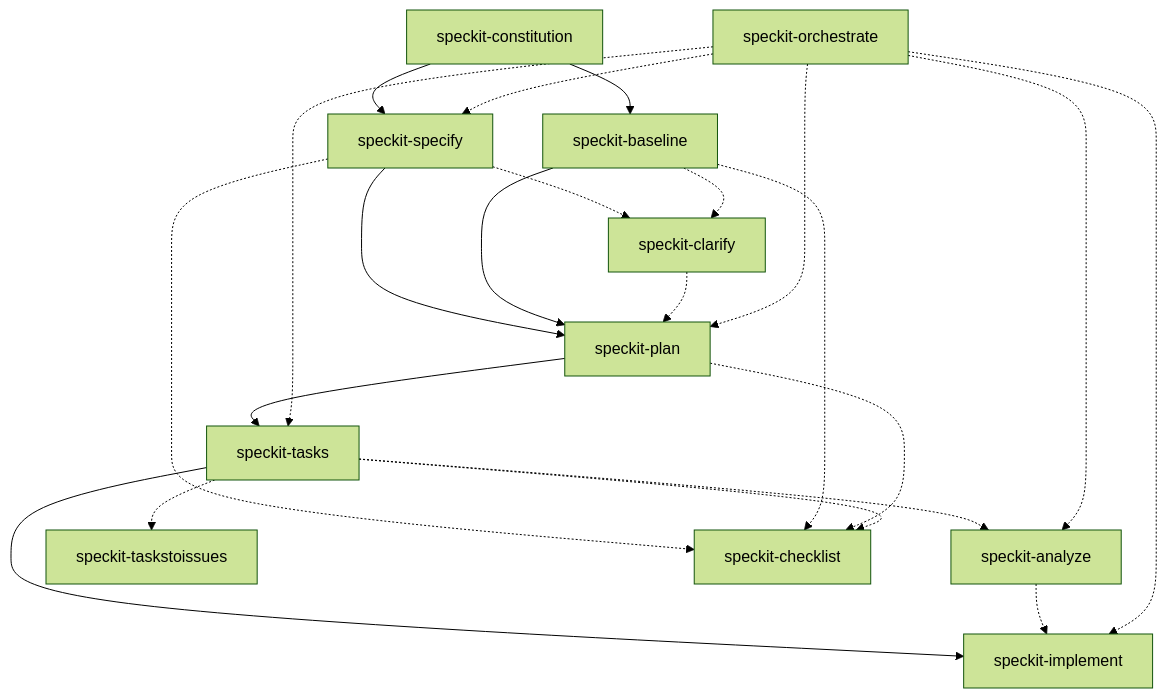
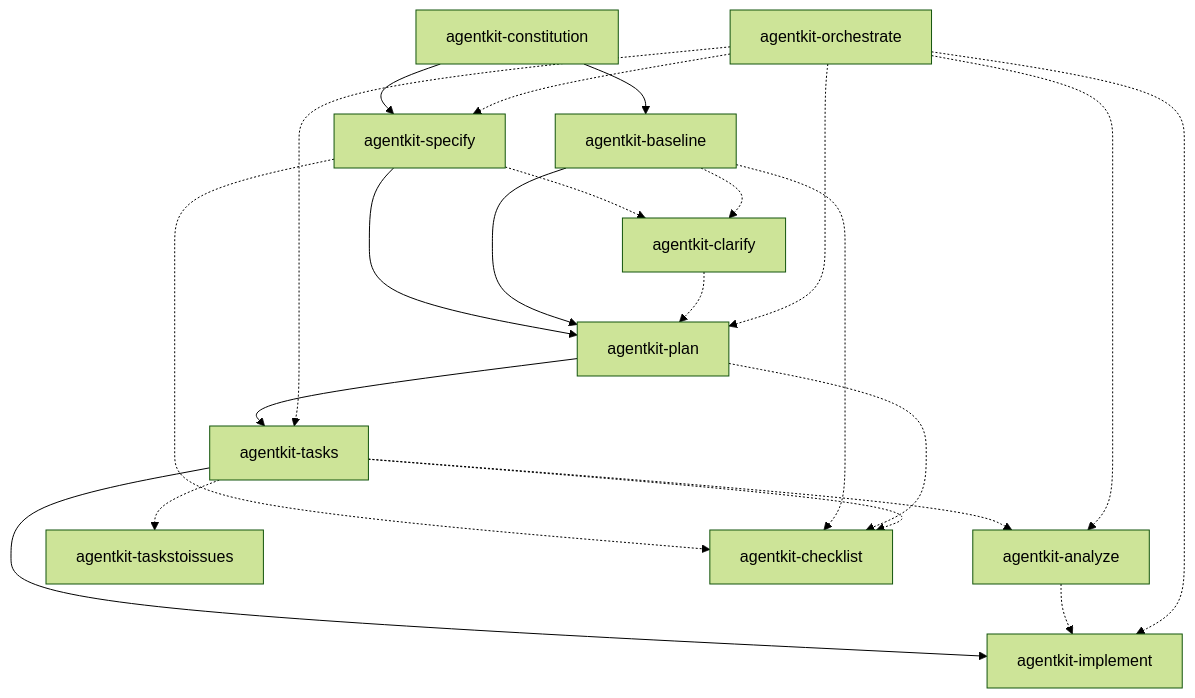
The diagram in .codex/skills/README.md (MoonLadderStudios/MoonMind), drawn with Mermaid (forest theme) before and after one commit. The commit also changed other lines of this file and 275 other files, not shown here.

````diff
--- a/.codex/skills/README.md
+++ b/.codex/skills/README.md
@@ -61,31 +61,31 @@
 ```mermaid
 flowchart TD
   %% Core (recommended order)
-  C0["speckit-constitution"] --> C1["speckit-specify"] --> C2["speckit-plan"] --> C3["speckit-tasks"] --> C4["speckit-implement"]
+  C0["agentkit-constitution"] --> C1["agentkit-specify"] --> C2["agentkit-plan"] --> C3["agentkit-tasks"] --> C4["agentkit-implement"]
 
   %% Alternative entry for existing code
-  C0 --> FC["speckit-baseline"]
+  C0 --> FC["agentkit-baseline"]
   FC --> C2
 
   %% Optional (dashed = insert/assist)
-  C1 -.-> O1["speckit-clarify"]
+  C1 -.-> O1["agentkit-clarify"]
   FC -.-> O1
   O1 -.-> C2
 
-  C3 -.-> O2["speckit-analyze"]
+  C3 -.-> O2["agentkit-analyze"]
   O2 -.-> C4
 
-  C3 -.-> O4["speckit-taskstoissues"]
+  C3 -.-> O4["agentkit-taskstoissues"]
 
-  C1 -.-> O3["speckit-checklist"]
+  C1 -.-> O3["agentkit-checklist"]
   FC -.-> O3
   C2 -.-> O3
   C3 -.-> O3
 
   %% Optional one-pass pipeline (wrapper around core stages)
-  OR["speckit-orchestrate"] -.-> C1
+  OR["agentkit-orchestrate"] -.-> C1
   OR -.-> C2
   OR -.-> C3
   OR -.-> O2
   OR -.-> C4
 ```
````
